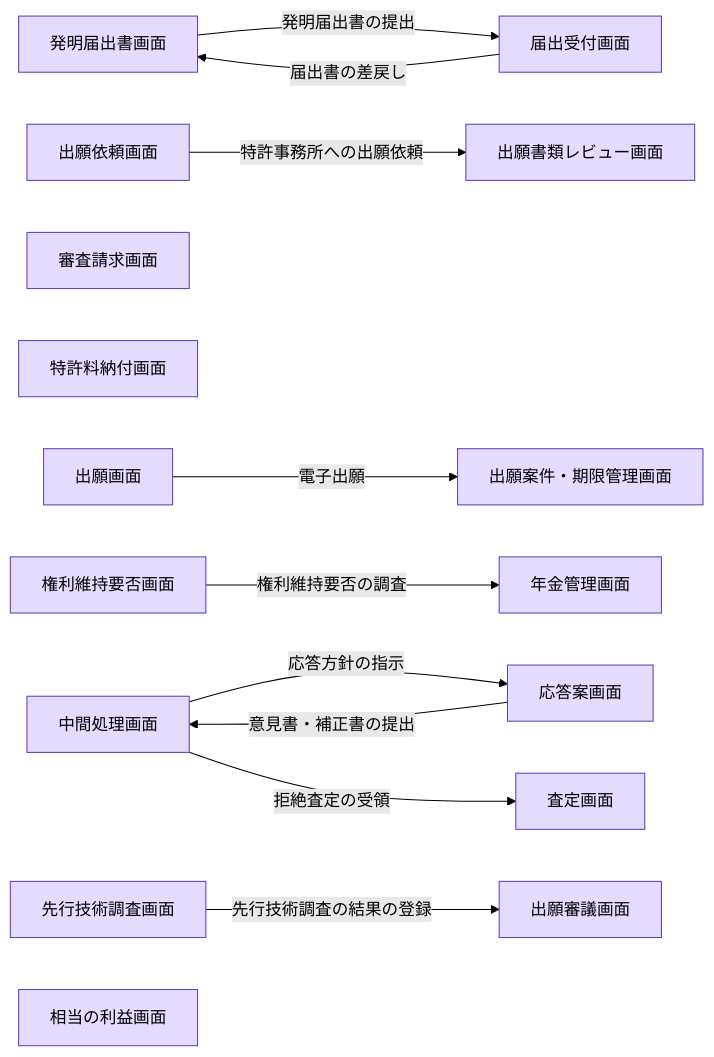
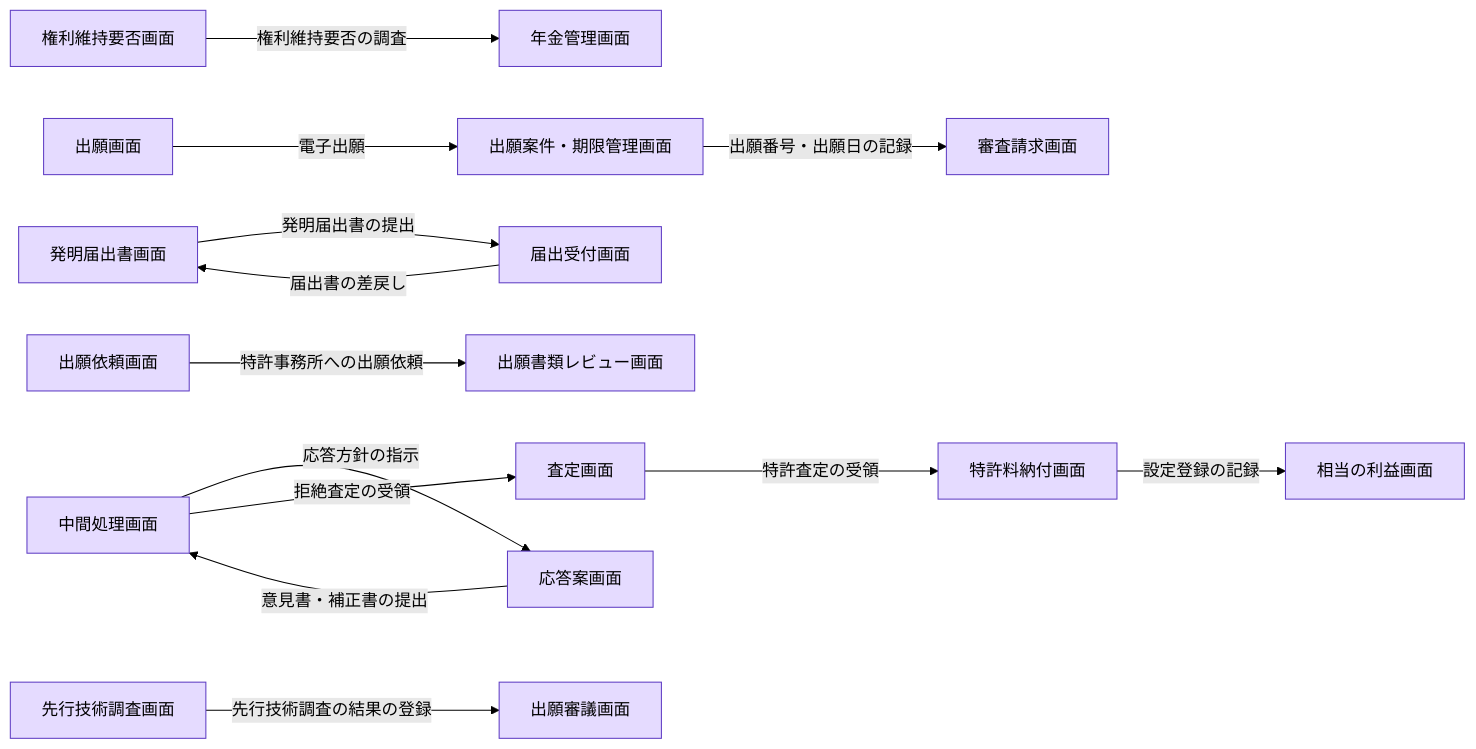
One commit to manji-0/rdra-ish-dsl changed the diagram in samples/patent-ops/out/screen.mmd. Above: the diagram before and after it, drawn with Mermaid (forest theme). The commit also changed 14 other files, not shown here.

```diff
--- a/samples/patent-ops/out/screen.mmd
+++ b/samples/patent-ops/out/screen.mmd
@@ -1,39 +1,45 @@
 %% rdra-ish diagram=screen scope=whole model=samples/patent-ops
 %% kinds: screen
 %% omitted: usecase field
 flowchart LR
   screen__AnnuityScreen["年金管理画面"]:::screen
   screen__ApplicationDocketScreen["出願案件・期限管理画面"]:::screen
   screen__DecisionScreen["査定画面"]:::screen
   screen__DisclosureFormScreen["発明届出書画面"]:::screen
   screen__DisclosureReviewScreen["届出受付画面"]:::screen
   screen__DraftReviewScreen["出願書類レビュー画面"]:::screen
   screen__DraftingOrderScreen["出願依頼画面"]:::screen
   screen__ExaminationRequestScreen["審査請求画面"]:::screen
   screen__FeePaymentScreen["特許料納付画面"]:::screen
   screen__FilingDecisionScreen["出願審議画面"]:::screen
   screen__FilingScreen["出願画面"]:::screen
   screen__MaintenanceReviewScreen["権利維持要否画面"]:::screen
   screen__OfficeActionScreen["中間処理画面"]:::screen
   screen__PriorArtSearchScreen["先行技術調査画面"]:::screen
   screen__ResponseDraftScreen["応答案画面"]:::screen
   screen__RewardScreen["相当の利益画面"]:::screen
+  screen__ApplicationDocketScreen -->|出願番号・出願日の記録| screen__ExaminationRequestScreen
+  screen__DecisionScreen -->|特許査定の受領| screen__FeePaymentScreen
   screen__DisclosureFormScreen -->|発明届出書の提出| screen__DisclosureReviewScreen
   screen__DisclosureReviewScreen -->|届出書の差戻し| screen__DisclosureFormScreen
   screen__DraftingOrderScreen -->|特許事務所への出願依頼| screen__DraftReviewScreen
+  screen__FeePaymentScreen -->|設定登録の記録| screen__RewardScreen
   screen__FilingScreen -->|電子出願| screen__ApplicationDocketScreen
   screen__MaintenanceReviewScreen -->|権利維持要否の調査| screen__AnnuityScreen
   screen__OfficeActionScreen -->|応答方針の指示| screen__ResponseDraftScreen
   screen__OfficeActionScreen -->|拒絶査定の受領| screen__DecisionScreen
   screen__PriorArtSearchScreen -->|先行技術調査の結果の登録| screen__FilingDecisionScreen
   screen__ResponseDraftScreen -->|意見書・補正書の提出| screen__OfficeActionScreen
+  %% via screen__ApplicationDocketScreen -> screen__ExaminationRequestScreen usecase__RecordFilingReceipt
+  %% via screen__DecisionScreen -> screen__FeePaymentScreen usecase__ReceiveDecisionToGrant
   %% via screen__DisclosureFormScreen -> screen__DisclosureReviewScreen usecase__SubmitInventionDisclosure
   %% via screen__DisclosureReviewScreen -> screen__DisclosureFormScreen usecase__ReturnDisclosure
   %% via screen__DraftingOrderScreen -> screen__DraftReviewScreen usecase__RequestDrafting
+  %% via screen__FeePaymentScreen -> screen__RewardScreen usecase__RecordRegistration
   %% via screen__FilingScreen -> screen__ApplicationDocketScreen usecase__FileApplication
   %% via screen__MaintenanceReviewScreen -> screen__AnnuityScreen usecase__ReviewMaintenance
   %% via screen__OfficeActionScreen -> screen__DecisionScreen usecase__ReceiveDecisionOfRejection
   %% via screen__OfficeActionScreen -> screen__ResponseDraftScreen usecase__InstructResponse
   %% via screen__PriorArtSearchScreen -> screen__FilingDecisionScreen usecase__RecordPriorArtSearch
   %% via screen__ResponseDraftScreen -> screen__OfficeActionScreen usecase__FileResponse
   classDef screen fill:#e5dbff,stroke:#5f3dc4,color:#000;
```
